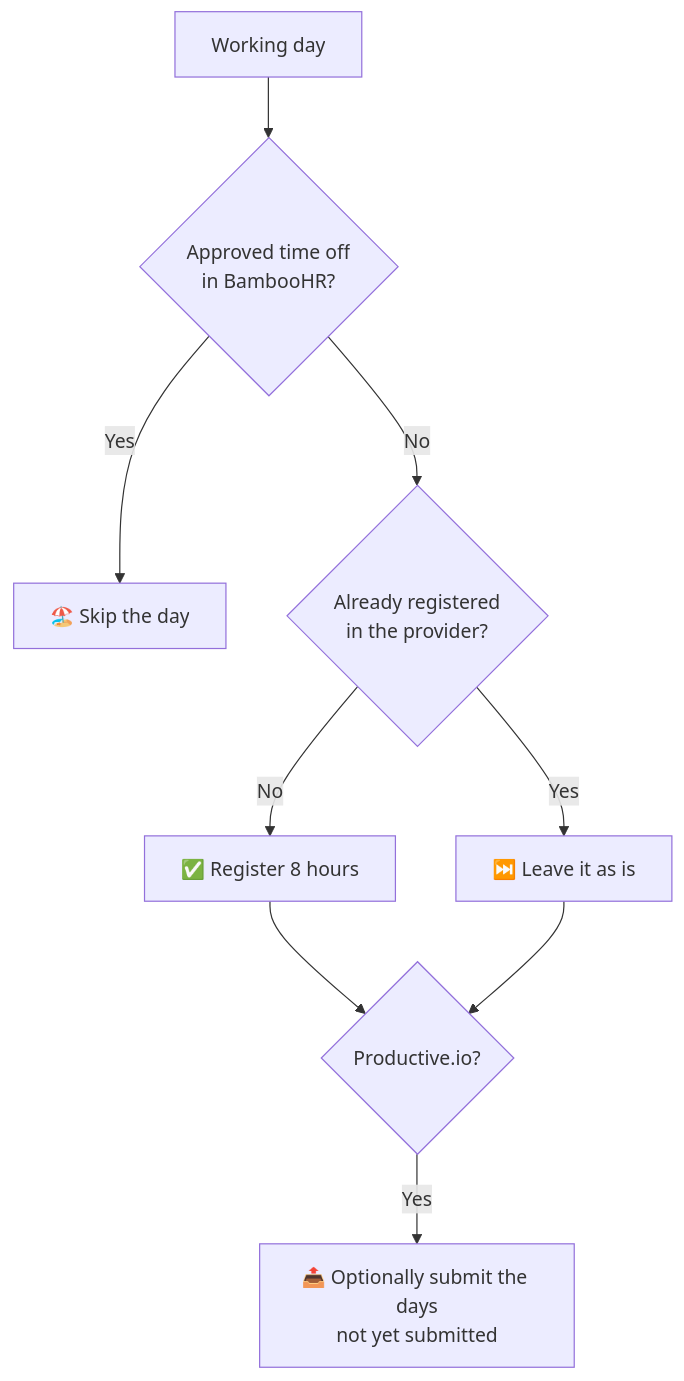
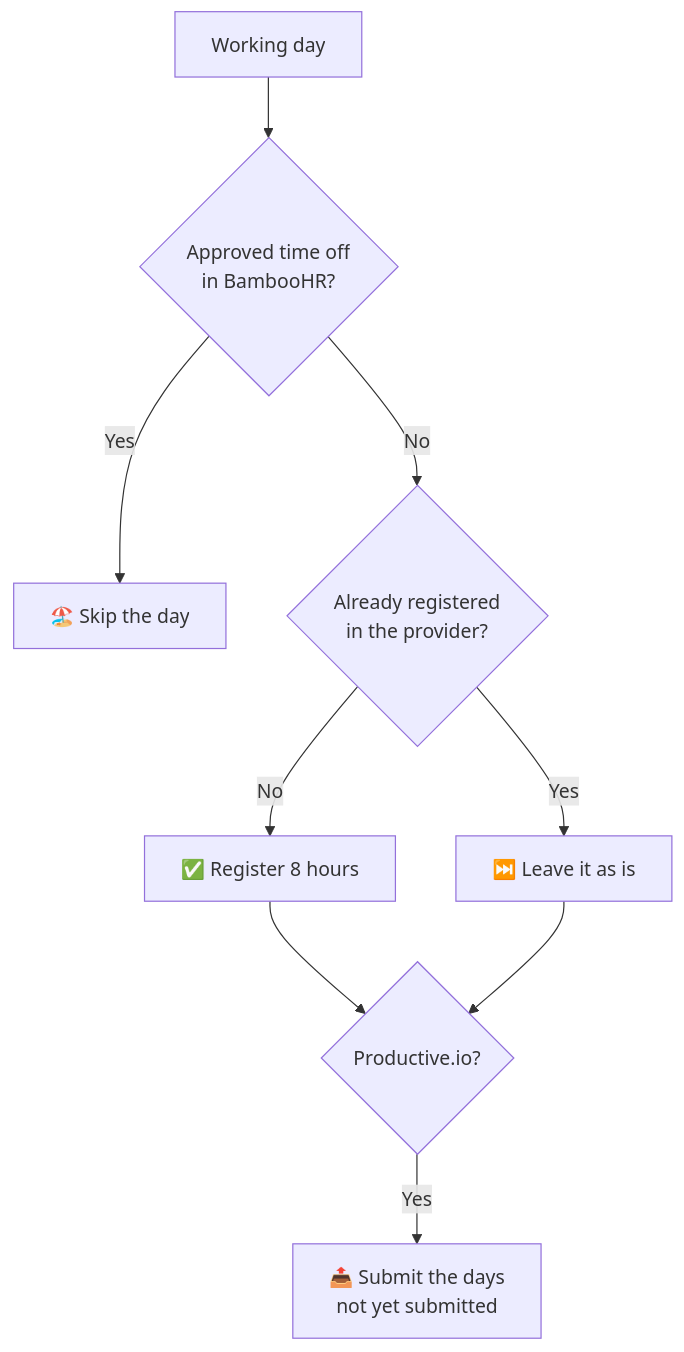
The diagram in README.md (rsotor/timesheet), drawn with Mermaid before and after one commit. The commit also changed other lines of this file and 4 other files, not shown here.

First line of the commit message:
feat(productive): submit pending days for approval automatically (#16)

````diff
--- a/README.md
+++ b/README.md
@@ -22,11 +22,11 @@
 ```mermaid
 flowchart TD
     A[Working day] --> B{Approved time off<br/>in BambooHR?}
     B -- Yes --> S[🏖️ Skip the day]
     B -- No --> C{Already registered<br/>in the provider?}
     C -- Yes --> E[⏭️ Leave it as is]
     C -- No --> D[✅ Register 8 hours]
     D --> F{Productive.io?}
     E --> F
-    F -- Yes --> G[📤 Optionally submit the days<br/>not yet submitted]
+    F -- Yes --> G[📤 Submit the days<br/>not yet submitted]
 ```
````
